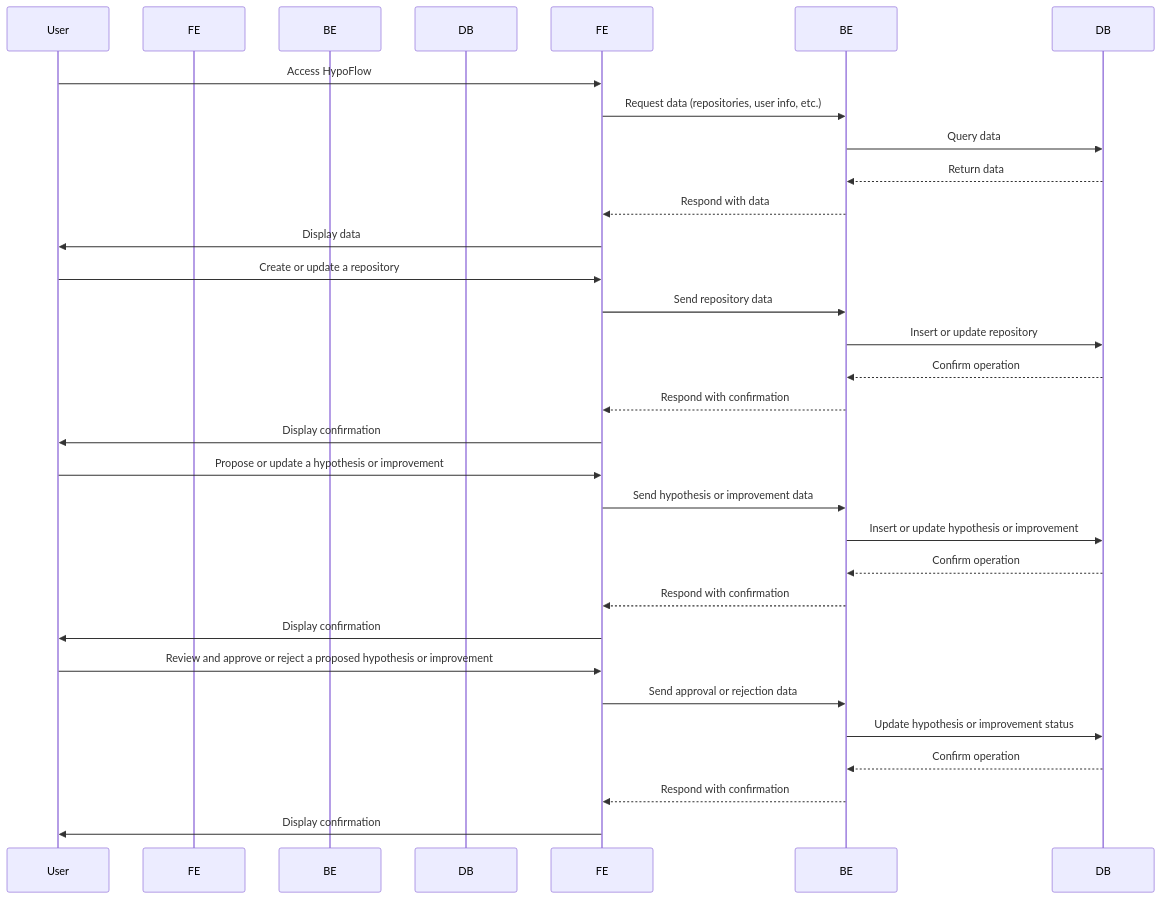
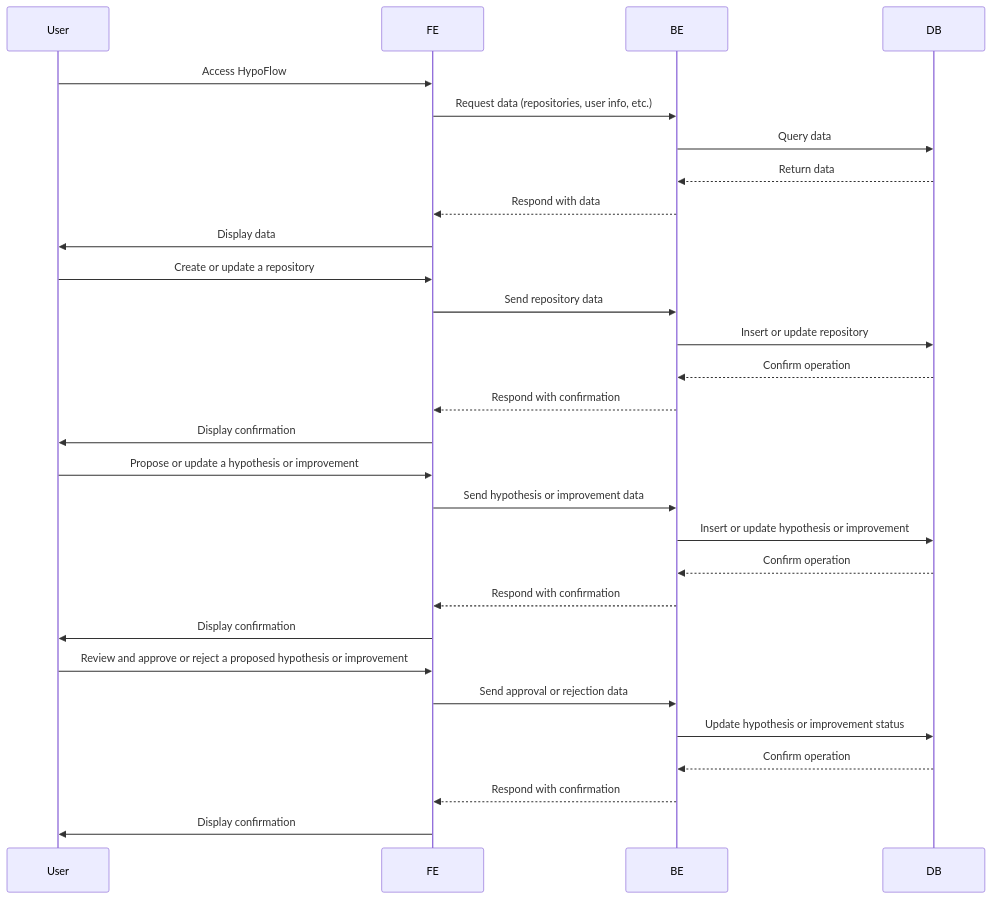
One commit to Escher-js/giant_dev_ai changed the second of 2 diagrams in README.md. Above: the diagram before and after it, drawn with Mermaid.

````diff
--- a/README.md
+++ b/README.md
@@ -44,36 +44,31 @@
 ```mermaid
 sequenceDiagram
-    participant User
-    participant Frontend as FE
-    participant Backend as BE
-    participant Database as DB
-
     User->>FE: Access HypoFlow
     FE->>BE: Request data (repositories, user info, etc.)
     BE->>DB: Query data
     DB-->>BE: Return data
     BE-->>FE: Respond with data
     FE->>User: Display data
 
     User->>FE: Create or update a repository
     FE->>BE: Send repository data
     BE->>DB: Insert or update repository
     DB-->>BE: Confirm operation
     BE-->>FE: Respond with confirmation
     FE->>User: Display confirmation
 
     User->>FE: Propose or update a hypothesis or improvement
     FE->>BE: Send hypothesis or improvement data
     BE->>DB: Insert or update hypothesis or improvement
     DB-->>BE: Confirm operation
     BE-->>FE: Respond with confirmation
     FE->>User: Display confirmation
 
     User->>FE: Review and approve or reject a proposed hypothesis or improvement
     FE->>BE: Send approval or rejection data
     BE->>DB: Update hypothesis or improvement status
     DB-->>BE: Confirm operation
     BE-->>FE: Respond with confirmation
     FE->>User: Display confirmation
 
 ```
````
